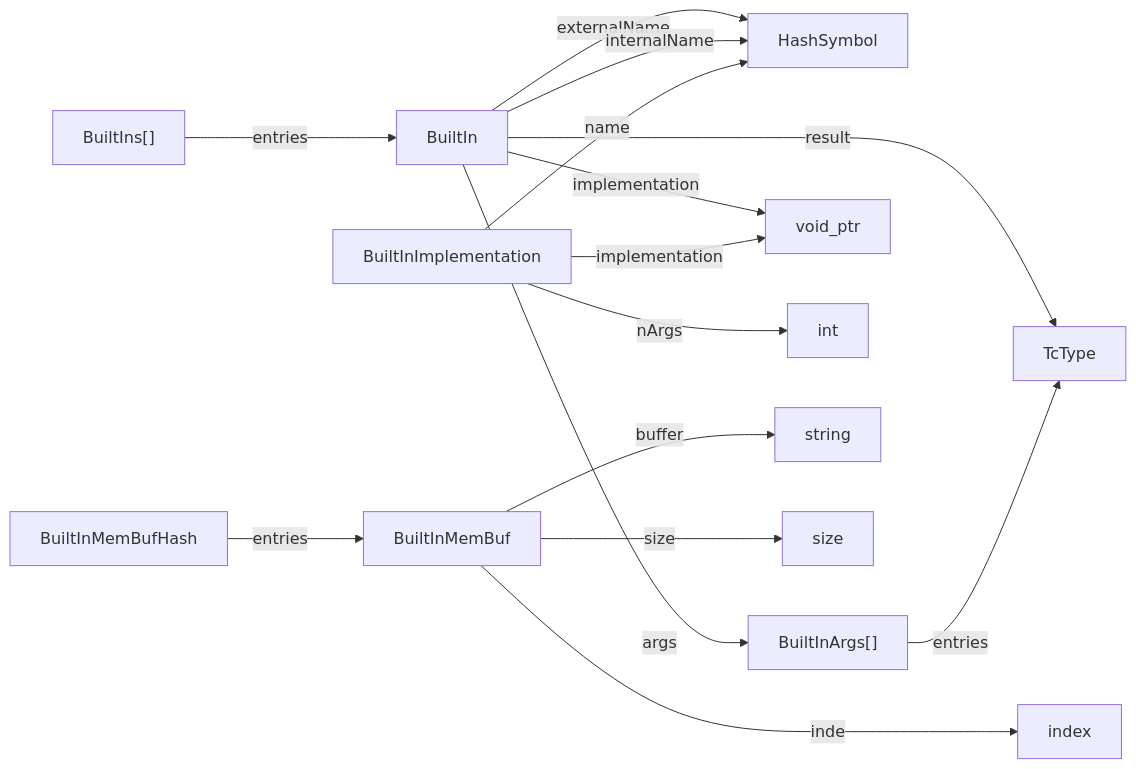
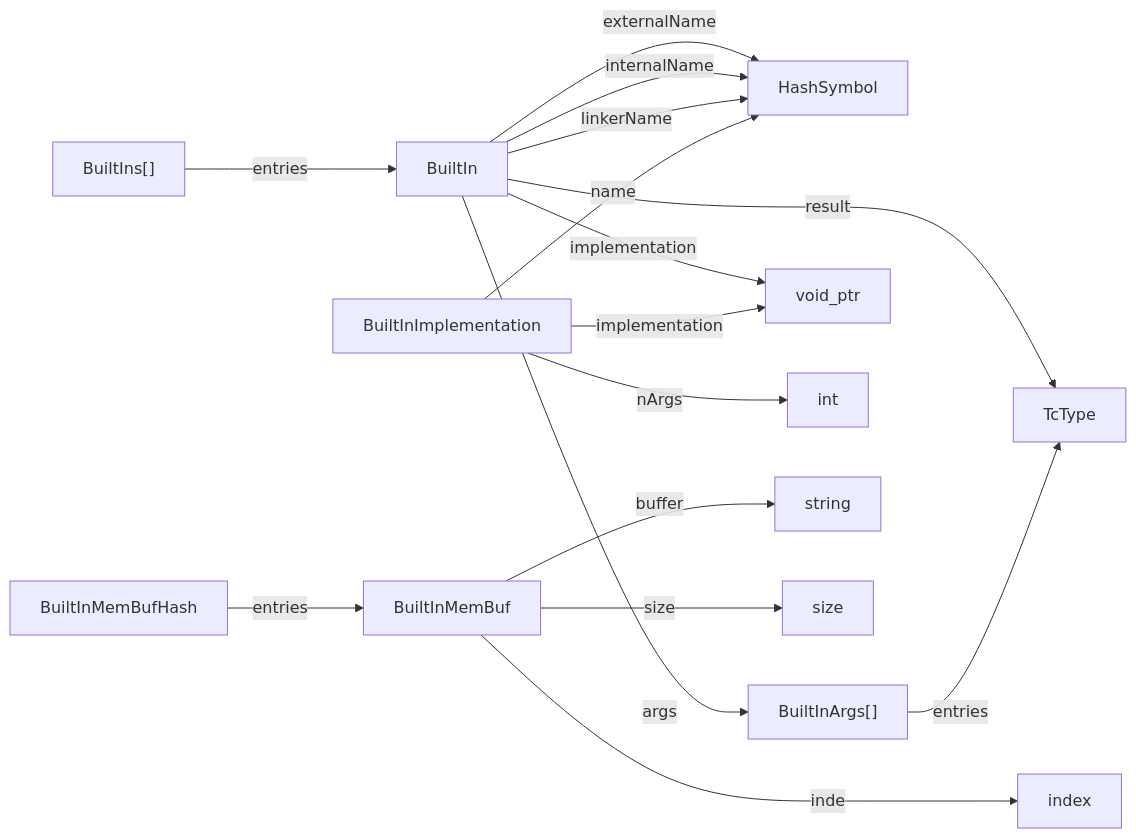
Before and after one commit to billhails/CEKF: the diagram in docs/generated/builtins.md, drawn with Mermaid. The commit also changed 19 other files, not shown here.

````diff
--- a/docs/generated/builtins.md
+++ b/docs/generated/builtins.md
@@ -5,17 +5,18 @@
 ```mermaid
 flowchart LR
 BuiltInMemBufHash --entries--> BuiltInMemBuf
 BuiltIn --externalName--> HashSymbol
 BuiltIn --internalName--> HashSymbol
+BuiltIn --linkerName--> HashSymbol
 BuiltIn --result--> TcType
 BuiltIn --args--> BuiltInArgs
 BuiltIn --implementation--> void_ptr
 BuiltInImplementation --name--> HashSymbol
 BuiltInImplementation --implementation--> void_ptr
 BuiltInImplementation --nArgs--> int
 BuiltInMemBuf --buffer--> string
 BuiltInMemBuf --index--> index
 BuiltInMemBuf --size--> size
 BuiltInArgs["BuiltInArgs[]"] --entries--> TcType
 BuiltIns["BuiltIns[]"] --entries--> BuiltIn
 ```
````
